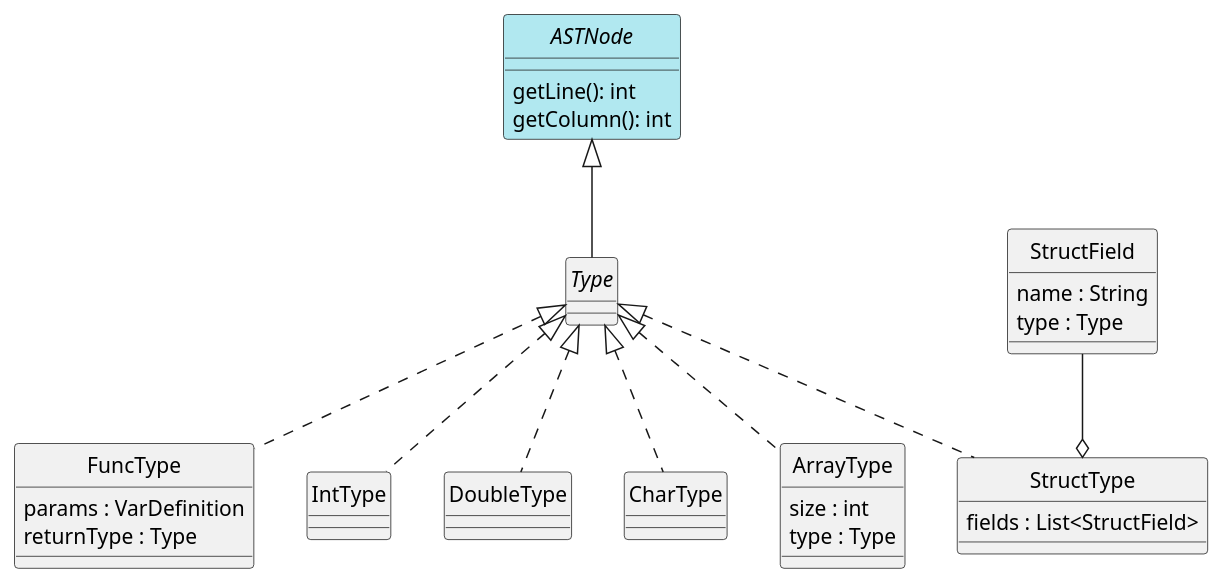
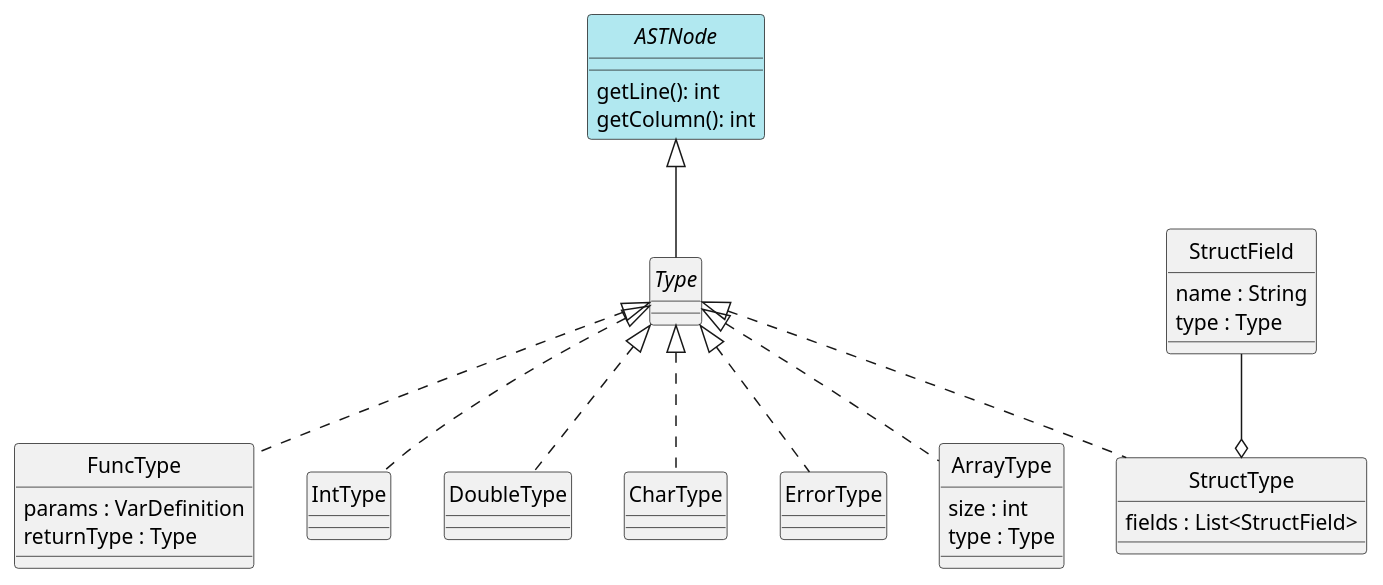
The diagram in docs/diagrams/types.plantuml (alvesit0/DLP-Compiler), drawn with PlantUML before and after one commit. The commit also changed 14 other files, not shown here.

```diff
--- a/docs/diagrams/types.plantuml
+++ b/docs/diagrams/types.plantuml
@@ -1,47 +1,51 @@
 @startuml Types
 skinparam style strictuml
 skinparam monochrome false
 
 interface ASTNode #b1e8f0 {
     getLine(): int
     getColumn(): int
 }
 
 interface Type
 
 class FuncType {
     params : VarDefinition
     returnType : Type
 }
 
 ' Tipos simples
 class IntType
 class DoubleType
 class CharType
 
+' Tipo error
+class ErrorType
+
 Type <|.. IntType
 Type <|.. DoubleType
 Type <|.. CharType
 Type <|.. ArrayType
 Type <|.. StructType
 Type <|.. FuncType
+Type <|.. ErrorType
 
 ' Tipos complejos
 class ArrayType {
     size : int
     type : Type
 }
 
 class StructType {
     fields : List<StructField>
 }
 
 class StructField {
     name : String
     type : Type
 }
 
 ASTNode <|-- Type
 StructField --o StructType
 
 @enduml
```
